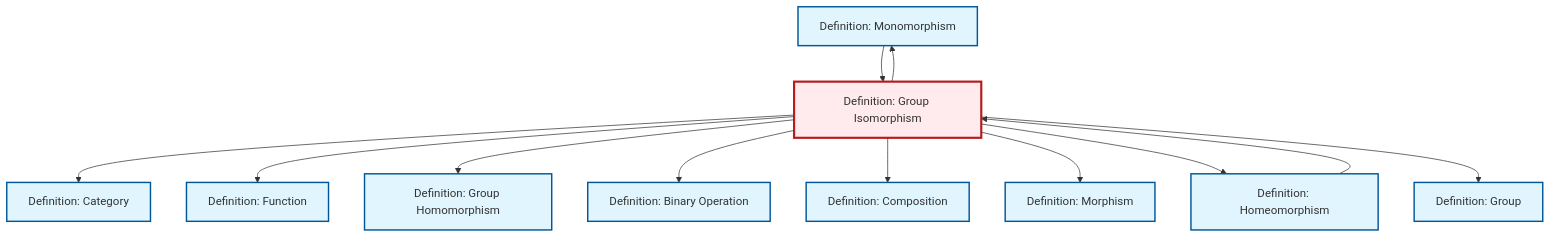
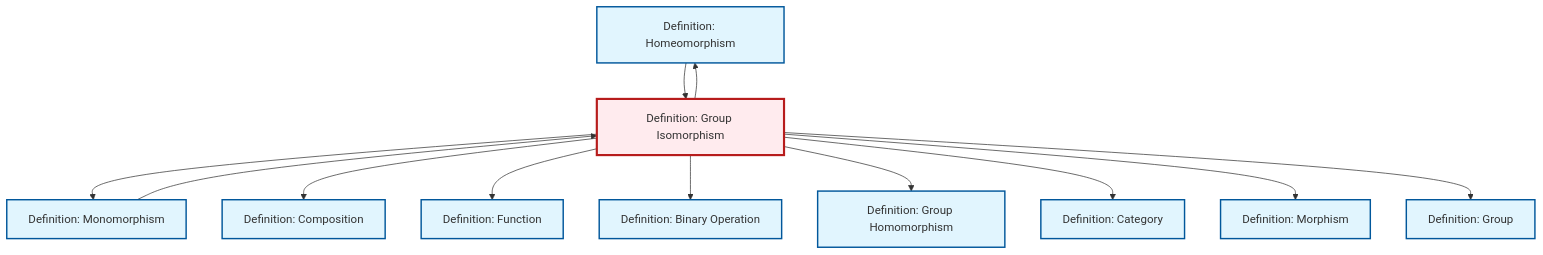
The diagram in content/ja/algebra/def-isomorphism.qmd (RK0429/ModernMath), drawn with Mermaid before and after one commit. The commit also changed other lines of this file and 634 other files, not shown here.

````diff
--- a/content/ja/algebra/def-isomorphism.qmd
+++ b/content/ja/algebra/def-isomorphism.qmd
@@ -114,40 +114,40 @@
 ```{mermaid}
 %%| fig-cap: "Local dependency graph"
 graph TD
     classDef definition fill:#e1f5fe,stroke:#01579b,stroke-width:2px
     classDef theorem fill:#f3e5f5,stroke:#4a148c,stroke-width:2px
     classDef axiom fill:#fff3e0,stroke:#e65100,stroke-width:2px
     classDef example fill:#e8f5e9,stroke:#1b5e20,stroke-width:2px
     classDef current fill:#ffebee,stroke:#b71c1c,stroke-width:3px
+    def-category["Definition: Category"]:::definition
+    def-group["Definition: Group"]:::definition
+    def-composition["Definition: Composition"]:::definition
     def-binary-operation["Definition: Binary Operation"]:::definition
-    def-composition["Definition: Composition"]:::definition
-    def-group["Definition: Group"]:::definition
+    def-homeomorphism["Definition: Homeomorphism"]:::definition
     def-monomorphism["Definition: Monomorphism"]:::definition
+    def-isomorphism["Definition: Group Isomorphism"]:::definition
+    def-function["Definition: Function"]:::definition
     def-morphism["Definition: Morphism"]:::definition
-    def-isomorphism["Definition: Group Isomorphism"]:::definition
-    def-homeomorphism["Definition: Homeomorphism"]:::definition
     def-homomorphism["Definition: Group Homomorphism"]:::definition
-    def-function["Definition: Function"]:::definition
-    def-category["Definition: Category"]:::definition
+    def-isomorphism --> def-monomorphism
+    def-isomorphism --> def-composition
+    def-isomorphism --> def-homeomorphism
+    def-isomorphism --> def-function
+    def-isomorphism --> def-binary-operation
+    def-isomorphism --> def-homomorphism
     def-isomorphism --> def-category
-    def-isomorphism --> def-function
-    def-isomorphism --> def-monomorphism
+    def-isomorphism --> def-morphism
+    def-monomorphism --> def-isomorphism
+    def-isomorphism --> def-group
     def-homeomorphism --> def-isomorphism
-    def-monomorphism --> def-isomorphism
-    def-isomorphism --> def-homomorphism
-    def-isomorphism --> def-binary-operation
-    def-isomorphism --> def-composition
-    def-isomorphism --> def-morphism
-    def-isomorphism --> def-homeomorphism
-    def-isomorphism --> def-group
     class def-isomorphism current
+    click def-category "def-category.html" "Definition: Categoryへ"
+    click def-group "def-group.html" "Definition: Groupへ"
+    click def-composition "def-composition.html" "Definition: Compositionへ"
     click def-binary-operation "def-binary-operation.html" "Definition: Binary Operationへ"
-    click def-composition "def-composition.html" "Definition: Compositionへ"
-    click def-group "def-group.html" "Definition: Groupへ"
+    click def-homeomorphism "def-homeomorphism.html" "Definition: Homeomorphismへ"
     click def-monomorphism "def-monomorphism.html" "Definition: Monomorphismへ"
+    click def-function "def-function.html" "Definition: Functionへ"
     click def-morphism "def-morphism.html" "Definition: Morphismへ"
-    click def-homeomorphism "def-homeomorphism.html" "Definition: Homeomorphismへ"
     click def-homomorphism "def-homomorphism.html" "Definition: Group Homomorphismへ"
-    click def-function "def-function.html" "Definition: Functionへ"
-    click def-category "def-category.html" "Definition: Categoryへ"
 ```
````
